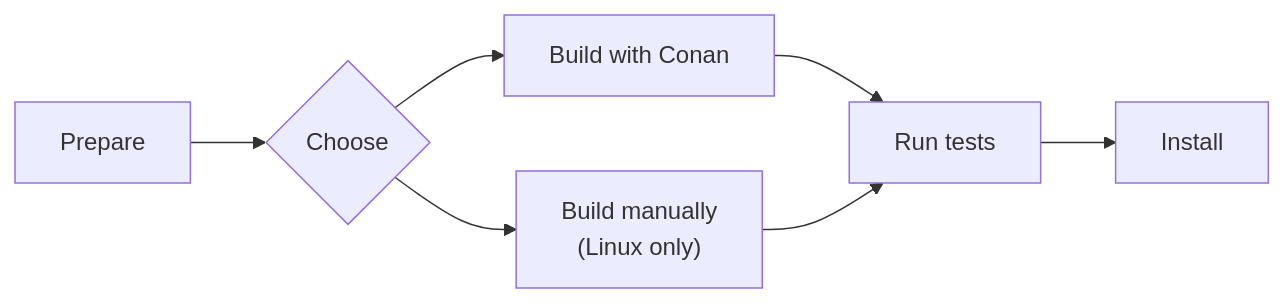
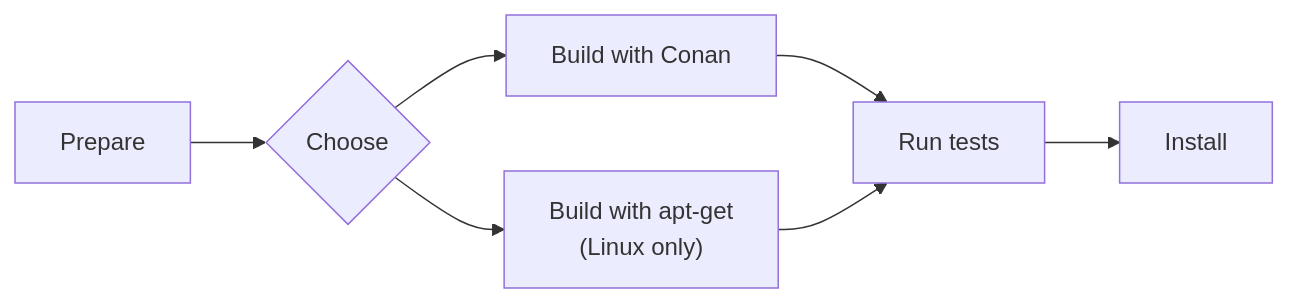
One commit to MarcelloPerathoner/osrm-backend changed the diagram in docs/src/building/howto.md. Above: the diagram before and after it, drawn with Mermaid. The commit also changed other lines of this file and 1 other file, not shown here.

````diff
--- a/docs/src/building/howto.md
+++ b/docs/src/building/howto.md
@@ -7,21 +7,21 @@
 ```mermaid
 graph LR;
     clone[Prepare]
     choose{Choose}
     conan[Build with Conan]
-    manually["Build manually<br/>(Linux only)"]
+    apt["Build with apt-get<br/>(Linux only)"]
     test[Run tests]
     install[Install]
 
     clone-->choose
     choose-->conan-->test;
-    choose-->manually-->test;
+    choose-->apt-->test;
     test-->install
 
     click clone "#clone"
     click choose "#choose"
     click conan "#conan"
-    click manually "#build-manually"
+    click apt "#apt"
     click test "#tests"
     click install "#install"
 ```
````
